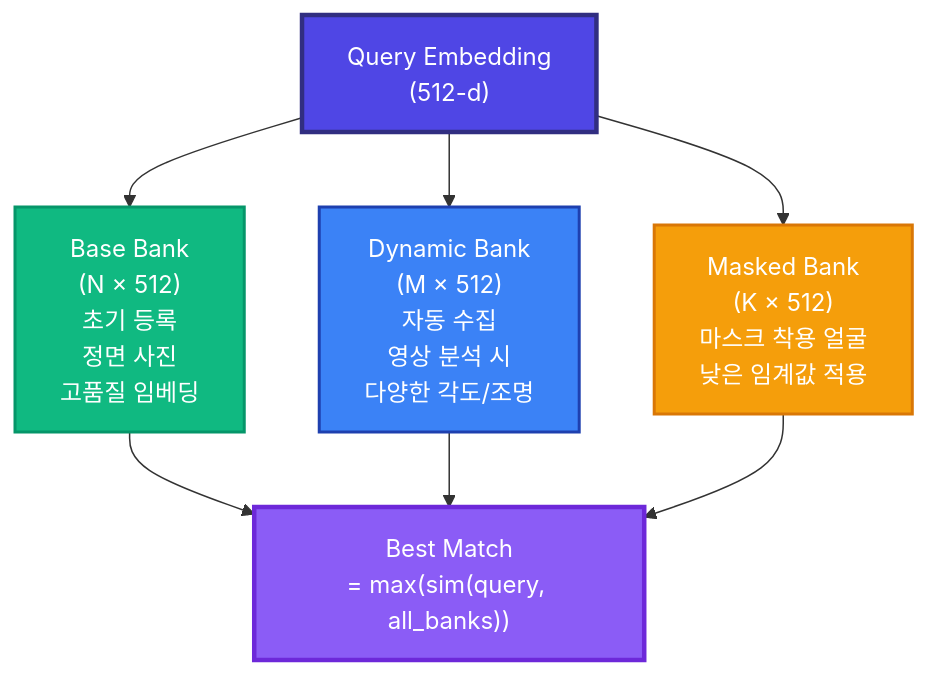
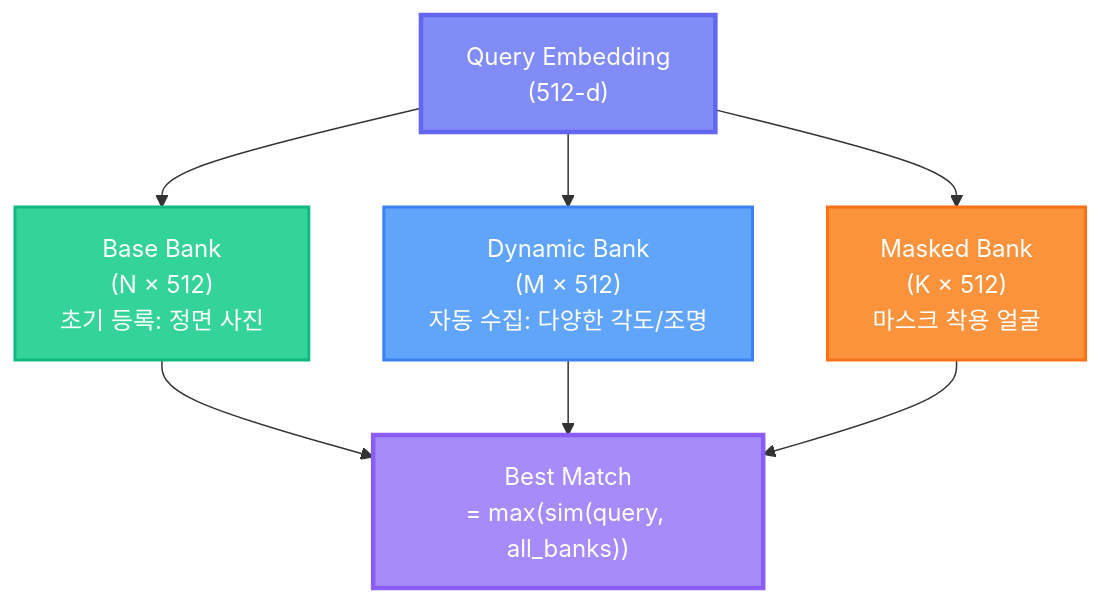
Before and after one commit to jongwoo108/EyeSis: the sixth of 11 diagrams in PROJECT_PLAN.md, drawn with Mermaid. The commit also changed other lines of this file, not shown here.

````diff
--- a/PROJECT_PLAN.md
+++ b/PROJECT_PLAN.md
@@ -243,24 +213,24 @@
 ```mermaid
 graph TD
     Query["Query Embedding<br/>(512-d)"]
     
-    BaseBank["Base Bank<br/>(N × 512)<br/>초기 등록<br/>정면 사진<br/>고품질 임베딩"]
-    DynamicBank["Dynamic Bank<br/>(M × 512)<br/>자동 수집<br/>영상 분석 시<br/>다양한 각도/조명"]
-    MaskedBank["Masked Bank<br/>(K × 512)<br/>마스크 착용 얼굴<br/>낮은 임계값 적용"]
+    BaseBank["Base Bank<br/>(N × 512)<br/>초기 등록: 정면 사진"]
+    DynamicBank["Dynamic Bank<br/>(M × 512)<br/>자동 수집: 다양한 각도/조명"]
+    MaskedBank["Masked Bank<br/>(K × 512)<br/>마스크 착용 얼굴"]
     
     Match["Best Match<br/>= max(sim(query, all_banks))"]
     
     Query --> BaseBank
     Query --> DynamicBank
     Query --> MaskedBank
     
     BaseBank --> Match
     DynamicBank --> Match
     MaskedBank --> Match
     
-    style Query fill:#4F46E5,stroke:#312E81,stroke-width:3px,color:#fff
-    style BaseBank fill:#10B981,stroke:#059669,stroke-width:2px,color:#fff
-    style DynamicBank fill:#3B82F6,stroke:#1E40AF,stroke-width:2px,color:#fff
-    style MaskedBank fill:#F59E0B,stroke:#D97706,stroke-width:2px,color:#fff
-    style Match fill:#8B5CF6,stroke:#6D28D9,stroke-width:3px,color:#fff
+    style Query fill:#818CF8,stroke:#6366F1,stroke-width:3px,color:#fff
+    style BaseBank fill:#34D399,stroke:#10B981,stroke-width:2px,color:#fff
+    style DynamicBank fill:#60A5FA,stroke:#3B82F6,stroke-width:2px,color:#fff
+    style MaskedBank fill:#FB923C,stroke:#F97316,stroke-width:2px,color:#fff
+    style Match fill:#A78BFA,stroke:#8B5CF6,stroke-width:3px,color:#fff
 ```
````
